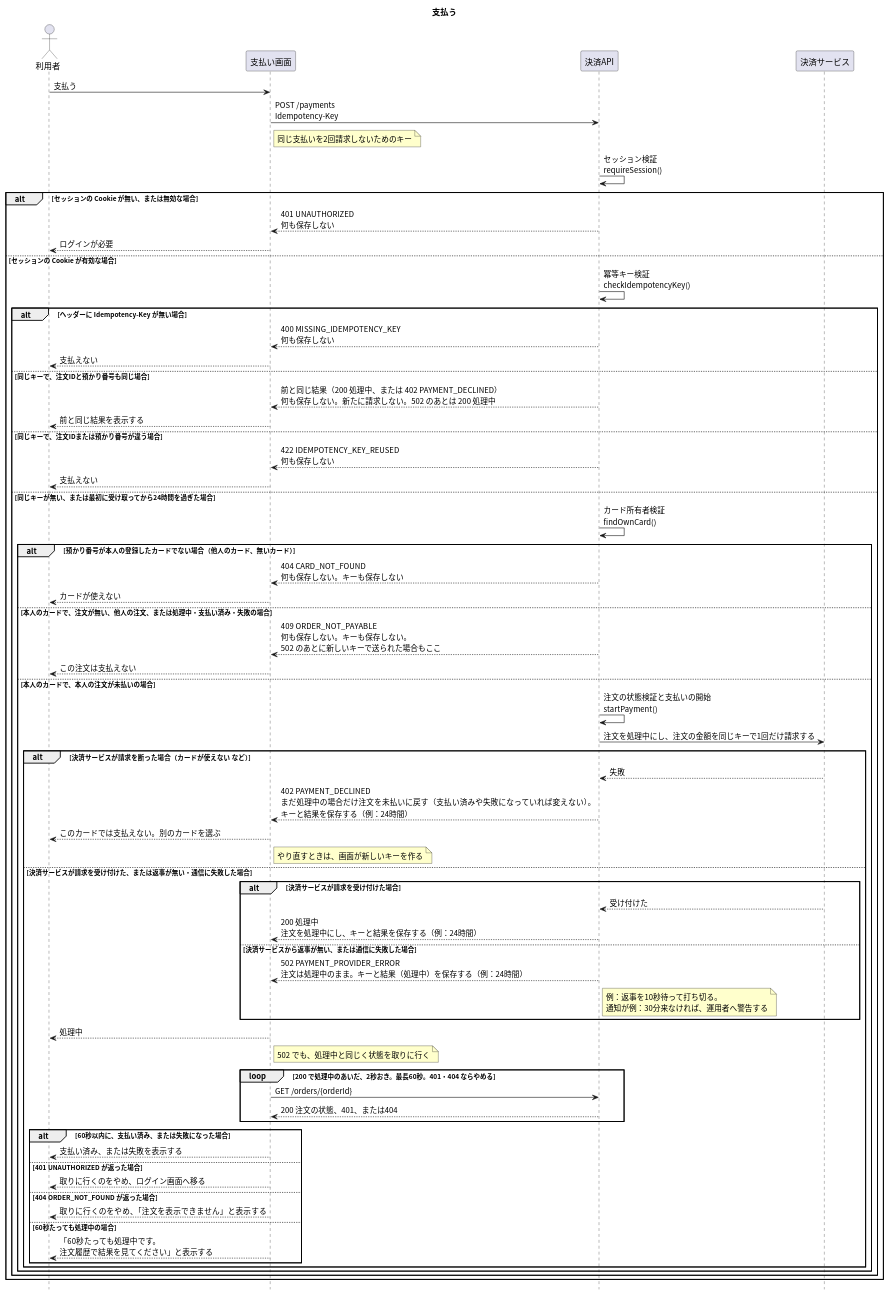
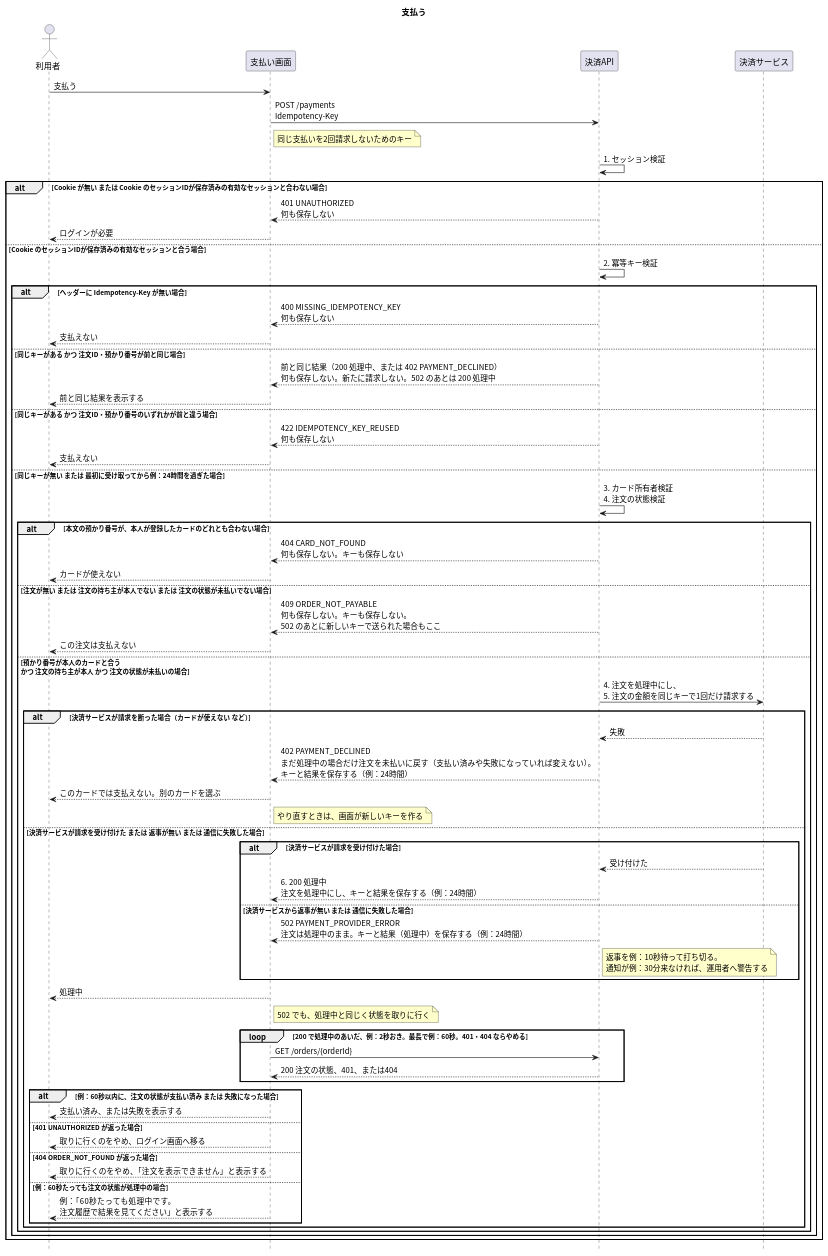
One commit to masamasamasato/design-doc-template changed the diagram in apis/create-payment/入口.puml. Above: the diagram before and after it, drawn with PlantUML. The commit also changed 28 other files, not shown here.

```diff
--- a/apis/create-payment/入口.puml
+++ b/apis/create-payment/入口.puml
@@ -1,76 +1,75 @@
 @startuml
 skinparam shadowing false
 skinparam defaultFontName "Noto Sans CJK JP"
 skinparam SequenceFontName "Noto Sans CJK JP"
 skinparam NoteBackgroundColor #FFFFCC
 hide footbox
 
 title 支払う
 
 actor "利用者" as User
 participant "支払い画面" as Screen
 participant "決済API" as API
 participant "決済サービス" as PSP
 
 User -> Screen : 支払う
 Screen -> API : POST /payments\nIdempotency-Key
 note right of Screen : 同じ支払いを2回請求しないためのキー
-API -> API : セッション検証\nrequireSession()
-alt セッションの Cookie が無い、または無効な場合
+API -> API : 1. セッション検証
+alt Cookie が無い または Cookie のセッションIDが保存済みの有効なセッションと合わない場合
   API --> Screen : 401 UNAUTHORIZED\n何も保存しない
   Screen --> User : ログインが必要
-else セッションの Cookie が有効な場合
-  API -> API : 冪等キー検証\ncheckIdempotencyKey()
+else Cookie のセッションIDが保存済みの有効なセッションと合う場合
+  API -> API : 2. 冪等キー検証
   alt ヘッダーに Idempotency-Key が無い場合
     API --> Screen : 400 MISSING_IDEMPOTENCY_KEY\n何も保存しない
     Screen --> User : 支払えない
-  else 同じキーで、注文IDと預かり番号も同じ場合
+  else 同じキーがある かつ 注文ID・預かり番号が前と同じ場合
     API --> Screen : 前と同じ結果（200 処理中、または 402 PAYMENT_DECLINED）\n何も保存しない。新たに請求しない。502 のあとは 200 処理中
     Screen --> User : 前と同じ結果を表示する
-  else 同じキーで、注文IDまたは預かり番号が違う場合
+  else 同じキーがある かつ 注文ID・預かり番号のいずれかが前と違う場合
     API --> Screen : 422 IDEMPOTENCY_KEY_REUSED\n何も保存しない
     Screen --> User : 支払えない
-  else 同じキーが無い、または最初に受け取ってから24時間を過ぎた場合
-    API -> API : カード所有者検証\nfindOwnCard()
-    alt 預かり番号が本人の登録したカードでない場合（他人のカード、無いカード）
+  else 同じキーが無い または 最初に受け取ってから例：24時間を過ぎた場合
+    API -> API : 3. カード所有者検証\n4. 注文の状態検証
+    alt 本文の預かり番号が、本人が登録したカードのどれとも合わない場合
       API --> Screen : 404 CARD_NOT_FOUND\n何も保存しない。キーも保存しない
       Screen --> User : カードが使えない
-    else 本人のカードで、注文が無い、他人の注文、または処理中・支払い済み・失敗の場合
+    else 注文が無い または 注文の持ち主が本人でない または 注文の状態が未払いでない場合
       API --> Screen : 409 ORDER_NOT_PAYABLE\n何も保存しない。キーも保存しない。\n502 のあとに新しいキーで送られた場合もここ
       Screen --> User : この注文は支払えない
-    else 本人のカードで、本人の注文が未払いの場合
-      API -> API : 注文の状態検証と支払いの開始\nstartPayment()
-      API -> PSP : 注文を処理中にし、注文の金額を同じキーで1回だけ請求する
+    else 預かり番号が本人のカードと合う\nかつ 注文の持ち主が本人 かつ 注文の状態が未払いの場合
+      API -> PSP : 4. 注文を処理中にし、\n5. 注文の金額を同じキーで1回だけ請求する
       alt 決済サービスが請求を断った場合（カードが使えない など）
         PSP --> API : 失敗
         API --> Screen : 402 PAYMENT_DECLINED\nまだ処理中の場合だけ注文を未払いに戻す（支払い済みや失敗になっていれば変えない）。\nキーと結果を保存する（例：24時間）
         Screen --> User : このカードでは支払えない。別のカードを選ぶ
         note right of Screen : やり直すときは、画面が新しいキーを作る
-      else 決済サービスが請求を受け付けた、または返事が無い・通信に失敗した場合
+      else 決済サービスが請求を受け付けた または 返事が無い または 通信に失敗した場合
         alt 決済サービスが請求を受け付けた場合
           PSP --> API : 受け付けた
-          API --> Screen : 200 処理中\n注文を処理中にし、キーと結果を保存する（例：24時間）
-        else 決済サービスから返事が無い、または通信に失敗した場合
+          API --> Screen : 6. 200 処理中\n注文を処理中にし、キーと結果を保存する（例：24時間）
+        else 決済サービスから返事が無い または 通信に失敗した場合
           API --> Screen : 502 PAYMENT_PROVIDER_ERROR\n注文は処理中のまま。キーと結果（処理中）を保存する（例：24時間）
-          note right of API : 例：返事を10秒待って打ち切る。\n通知が例：30分来なければ、運用者へ警告する
+          note right of API : 返事を例：10秒待って打ち切る。\n通知が例：30分来なければ、運用者へ警告する
         end
         Screen --> User : 処理中
         note right of Screen : 502 でも、処理中と同じく状態を取りに行く
-        loop 200 で処理中のあいだ、2秒おき。最長60秒。401・404 ならやめる
+        loop 200 で処理中のあいだ、例：2秒おき。最長で例：60秒。401・404 ならやめる
           Screen -> API : GET /orders/{orderId}
           API --> Screen : 200 注文の状態、401、または404
         end
-        alt 60秒以内に、支払い済み、または失敗になった場合
+        alt 例：60秒以内に、注文の状態が支払い済み または 失敗になった場合
           Screen --> User : 支払い済み、または失敗を表示する
         else 401 UNAUTHORIZED が返った場合
           Screen --> User : 取りに行くのをやめ、ログイン画面へ移る
         else 404 ORDER_NOT_FOUND が返った場合
           Screen --> User : 取りに行くのをやめ、「注文を表示できません」と表示する
-        else 60秒たっても処理中の場合
-          Screen --> User : 「60秒たっても処理中です。\n注文履歴で結果を見てください」と表示する
+        else 例：60秒たっても注文の状態が処理中の場合
+          Screen --> User : 例：「60秒たっても処理中です。\n注文履歴で結果を見てください」と表示する
         end
       end
     end
   end
 end
 @enduml
```
